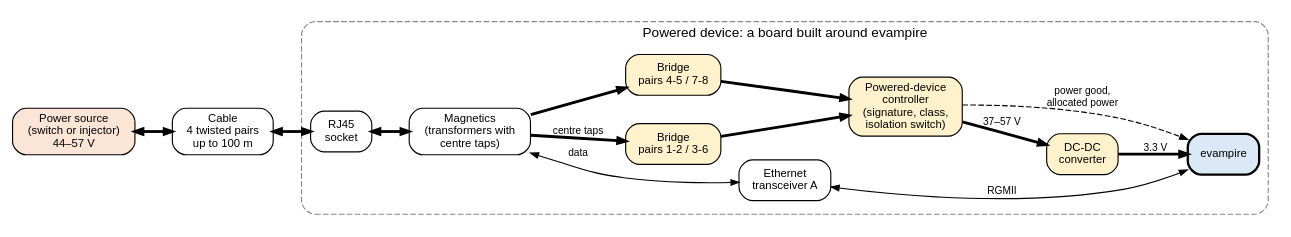
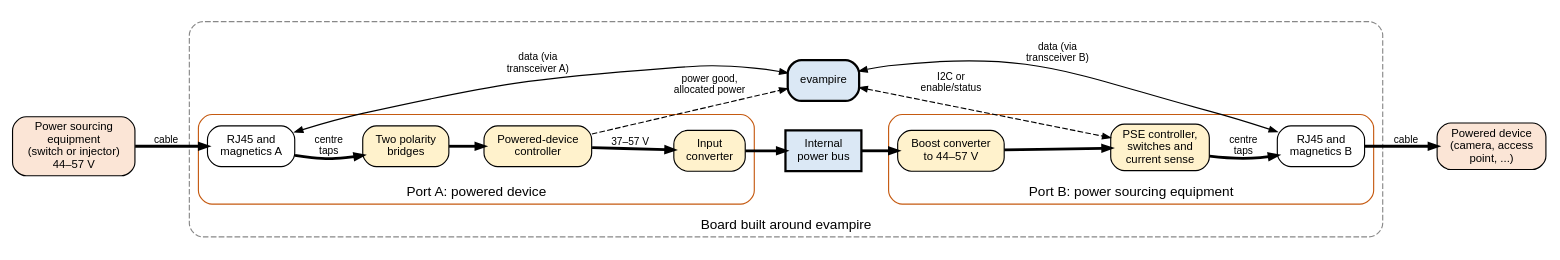
Before and after one commit to mithro/evampire: the diagram in docs/power/poe/system.dot, drawn with Graphviz. The commit also changed 3 other files, not shown here.

First line of the commit message:
Add power sourcing equipment and dual-role port diagrams

```diff
--- a/docs/power/poe/system.dot
+++ b/docs/power/poe/system.dot
@@ -1,48 +1,57 @@
-// Power over Ethernet: how power reaches an evampire board.
-// Bold arrows: power. Thin arrows: data. Dashed arrows: status signals.
+// Power over Ethernet on a first-version evampire board: port A receives
+// power as a powered device, port B supplies power as power sourcing
+// equipment. Bold arrows: power. Thin arrows: data. Dashed arrows: control.
 //
 // SPDX-License-Identifier: Apache-2.0
 
 digraph poe_system {
-    graph [rankdir=LR, fontname="Helvetica", fontsize=12, nodesep=0.35,
-           ranksep=0.45, newrank=true];
+    graph [rankdir=LR, fontname="Helvetica", fontsize=12, nodesep=0.3,
+           ranksep=0.4, newrank=true];
     node  [shape=box, style="rounded,filled", fillcolor="#f2f2f2",
            fontname="Helvetica", fontsize=10];
     edge  [fontname="Helvetica", fontsize=9, arrowsize=0.7];
 
-    pse [label="Power source\n(switch or injector)\n44–57 V", fillcolor="#fbe5d6"];
-    cable [label="Cable\n4 twisted pairs\nup to 100 m", shape=box, style="rounded",
-           fillcolor="#ffffff"];
+    up   [label="Power sourcing\nequipment\n(switch or injector)\n44–57 V", fillcolor="#fbe5d6"];
+    down [label="Powered device\n(camera, access\npoint, ...)", fillcolor="#fbe5d6"];
 
     subgraph cluster_board {
-        label="Powered device: a board built around evampire";
+        label="Board built around evampire"; labelloc="b";
         style="rounded,dashed"; color="#888888";
 
-        rj45 [label="RJ45\nsocket", fillcolor="#ffffff"];
-        mag  [label="Magnetics\n(transformers with\ncentre taps)", fillcolor="#ffffff"];
-        phy  [label="Ethernet\ntransceiver A", fillcolor="#ffffff"];
+        subgraph cluster_a {
+            label="Port A: powered device"; style="rounded"; color="#c55a11";
+            maga [label="RJ45 and\nmagnetics A", fillcolor="#ffffff"];
+            brg  [label="Two polarity\nbridges", fillcolor="#fff2cc"];
+            pdc  [label="Powered-device\ncontroller", fillcolor="#fff2cc"];
+            conv [label="Input\nconverter", fillcolor="#fff2cc"];
+        }
 
-        bra  [label="Bridge\npairs 1-2 / 3-6", fillcolor="#fff2cc"];
-        brb  [label="Bridge\npairs 4-5 / 7-8", fillcolor="#fff2cc"];
+        bus  [label="Internal\npower bus", style="filled,bold", fillcolor="#dbe8f5"];
+        evp  [label="evampire", style="rounded,filled,bold", fillcolor="#dbe8f5"];
 
-        pdc  [label="Powered-device\ncontroller\n(signature, class,\nisolation switch)", fillcolor="#fff2cc"];
-        dcdc [label="DC-DC\nconverter", fillcolor="#fff2cc"];
-        evp  [label="evampire", fillcolor="#dbe8f5", style="rounded,filled,bold"];
+        subgraph cluster_b {
+            label="Port B: power sourcing equipment"; style="rounded";
+            color="#c55a11";
+            boost [label="Boost converter\nto 44–57 V", fillcolor="#fff2cc"];
+            psec  [label="PSE controller,\nswitches and\ncurrent sense", fillcolor="#fff2cc"];
+            magb  [label="RJ45 and\nmagnetics B", fillcolor="#ffffff"];
+        }
     }
 
-    { rank=same; bra; brb; }
+    { rank=same; bus; evp; }
 
-    pse  -> cable [penwidth=2.5, dir=both];
-    cable -> rj45 [penwidth=2.5, dir=both];
-    rj45 -> mag  [penwidth=2.5, dir=both];
-    mag  -> phy  [dir=both, label="data"];
-    phy  -> evp  [dir=both, label="RGMII"];
+    up   -> maga  [penwidth=2.5, label="cable"];
+    maga -> brg   [penwidth=2.5, label="centre\ntaps"];
+    brg  -> pdc   [penwidth=2.5];
+    pdc  -> conv  [penwidth=2.5, label="37–57 V"];
+    conv -> bus   [penwidth=2.5];
+    bus  -> boost [penwidth=2.5];
+    boost -> psec [penwidth=2.5];
+    psec -> magb  [penwidth=2.5, label="centre\ntaps"];
+    magb -> down  [penwidth=2.5, label="cable"];
 
-    mag  -> bra  [penwidth=2.5, label="centre taps"];
-    mag  -> brb  [penwidth=2.5];
-    bra  -> pdc  [penwidth=2.5];
-    brb  -> pdc  [penwidth=2.5];
-    pdc  -> dcdc [penwidth=2.5, label="37–57 V"];
-    dcdc -> evp  [penwidth=2.5, label="3.3 V"];
-    pdc  -> evp  [style=dashed, label="power good,\nallocated power"];
+    pdc  -> evp   [style=dashed, label="power good,\nallocated power"];
+    evp  -> psec  [style=dashed, dir=both, label="I2C or\nenable/status"];
+    maga -> evp   [dir=both, label="data (via\ntransceiver A)", constraint=false];
+    evp  -> magb  [dir=both, label="data (via\ntransceiver B)", constraint=false];
 }
```
